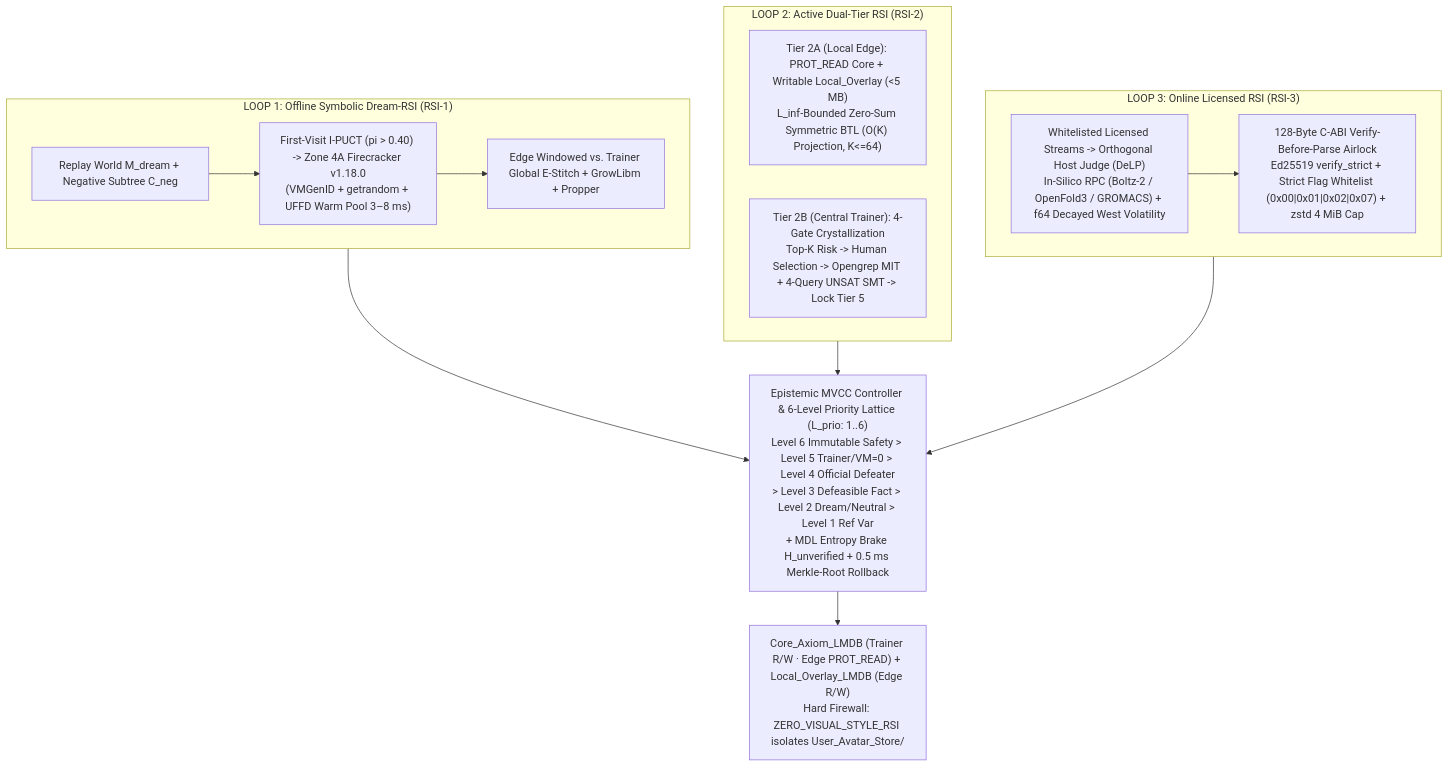
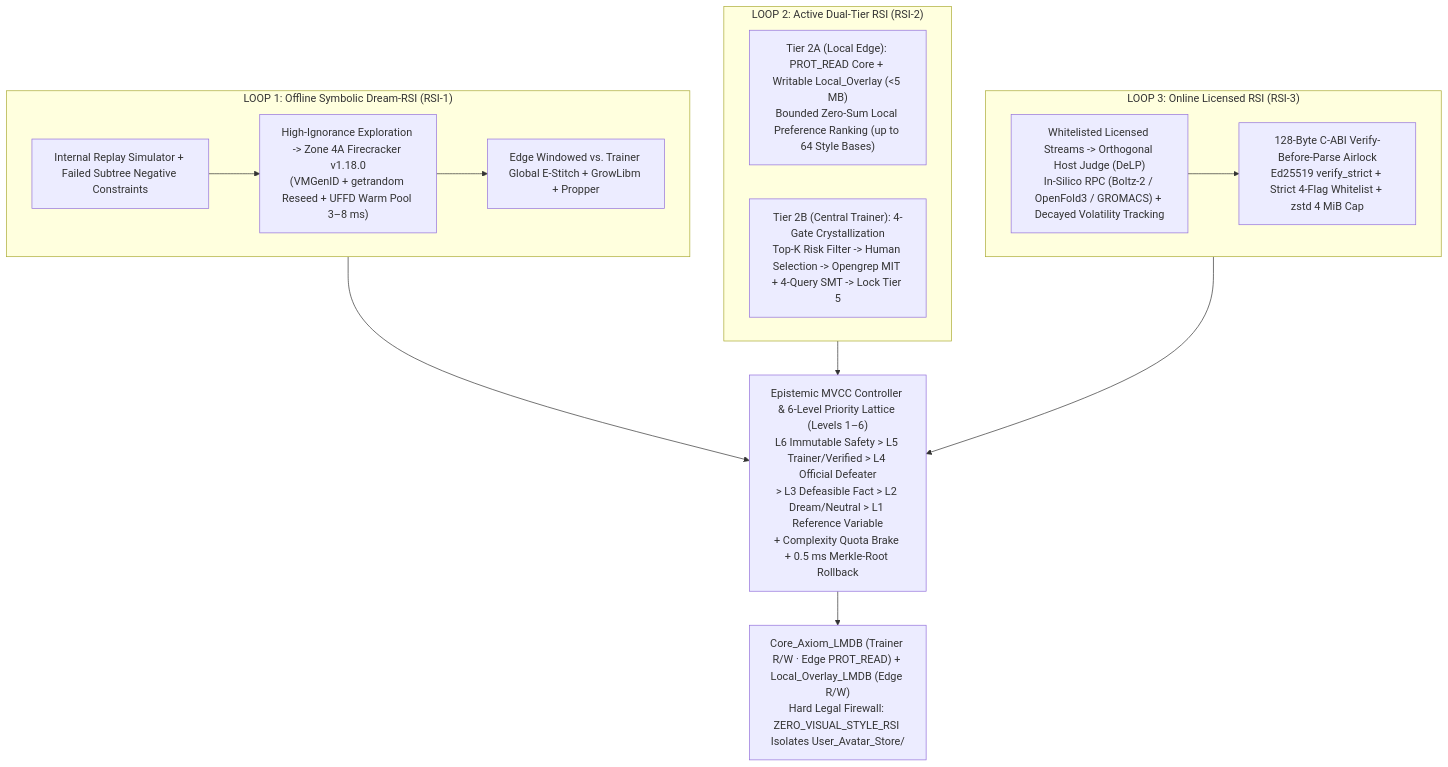
The fourth of 16 diagrams in README.md (vuhoangquanhoctap-glitch/Takuma-1-Trinity), drawn with Mermaid before and after one commit. The commit also changed other lines of this file, not shown here.

````diff
--- a/README.md
+++ b/README.md
@@ -238,25 +228,25 @@
 ```mermaid
 flowchart TB
     subgraph L1["LOOP 1: Offline Symbolic Dream-RSI (RSI-1)"]
-        D1["Replay World M_dream + Negative Subtree C_neg"]
-        D2["First-Visit I-PUCT (pi > 0.40) -> Zone 4A Firecracker v1.18.0<br/>(VMGenID + getrandom + UFFD Warm Pool 3–8 ms)"]
+        D1["Internal Replay Simulator + Failed Subtree Negative Constraints"]
+        D2["High-Ignorance Exploration -> Zone 4A Firecracker v1.18.0<br/>(VMGenID + getrandom Reseed + UFFD Warm Pool 3–8 ms)"]
         D3["Edge Windowed vs. Trainer Global E-Stitch + GrowLibm + Propper"]
         D1 --> D2 --> D3
     end
 
     subgraph L2["LOOP 2: Active Dual-Tier RSI (RSI-2)"]
-        A1["Tier 2A (Local Edge): PROT_READ Core + Writable Local_Overlay (<5 MB)<br/>L_inf-Bounded Zero-Sum Symmetric BTL (O(K) Projection, K<=64)"]
-        A2["Tier 2B (Central Trainer): 4-Gate Crystallization<br/>Top-K Risk -> Human Selection -> Opengrep MIT + 4-Query UNSAT SMT -> Lock Tier 5"]
+        A1["Tier 2A (Local Edge): PROT_READ Core + Writable Local_Overlay (<5 MB)<br/>Bounded Zero-Sum Local Preference Ranking (up to 64 Style Bases)"]
+        A2["Tier 2B (Central Trainer): 4-Gate Crystallization<br/>Top-K Risk Filter -> Human Selection -> Opengrep MIT + 4-Query SMT -> Lock Tier 5"]
     end
 
     subgraph L3["LOOP 3: Online Licensed RSI (RSI-3)"]
-        O1["Whitelisted Licensed Streams -> Orthogonal Host Judge (DeLP)<br/>In-Silico RPC (Boltz-2 / OpenFold3 / GROMACS) + f64 Decayed West Volatility"]
-        O2["128-Byte C-ABI Verify-Before-Parse Airlock<br/>Ed25519 verify_strict + Strict Flag Whitelist (0x00|0x01|0x02|0x07) + zstd 4 MiB Cap"]
+        O1["Whitelisted Licensed Streams -> Orthogonal Host Judge (DeLP)<br/>In-Silico RPC (Boltz-2 / OpenFold3 / GROMACS) + Decayed Volatility Tracking"]
+        O2["128-Byte C-ABI Verify-Before-Parse Airlock<br/>Ed25519 verify_strict + Strict 4-Flag Whitelist + zstd 4 MiB Cap"]
         O1 --> O2
     end
 
-    L1 --> MVCC["Epistemic MVCC Controller & 6-Level Priority Lattice (L_prio: 1..6)<br/>Level 6 Immutable Safety > Level 5 Trainer/VM=0 > Level 4 Official Defeater<br/>> Level 3 Defeasible Fact > Level 2 Dream/Neutral > Level 1 Ref Var<br/>+ MDL Entropy Brake H_unverified + 0.5 ms Merkle-Root Rollback"]
+    L1 --> MVCC["Epistemic MVCC Controller & 6-Level Priority Lattice (Levels 1–6)<br/>L6 Immutable Safety > L5 Trainer/Verified > L4 Official Defeater<br/>> L3 Defeasible Fact > L2 Dream/Neutral > L1 Reference Variable<br/>+ Complexity Quota Brake + 0.5 ms Merkle-Root Rollback"]
     L2 --> MVCC
     L3 --> MVCC
-    MVCC --> DB["Core_Axiom_LMDB (Trainer R/W · Edge PROT_READ) + Local_Overlay_LMDB (Edge R/W)<br/>Hard Firewall: ZERO_VISUAL_STYLE_RSI isolates User_Avatar_Store/"]
+    MVCC --> DB["Core_Axiom_LMDB (Trainer R/W · Edge PROT_READ) + Local_Overlay_LMDB (Edge R/W)<br/>Hard Legal Firewall: ZERO_VISUAL_STYLE_RSI Isolates User_Avatar_Store/"]
 ```
````
